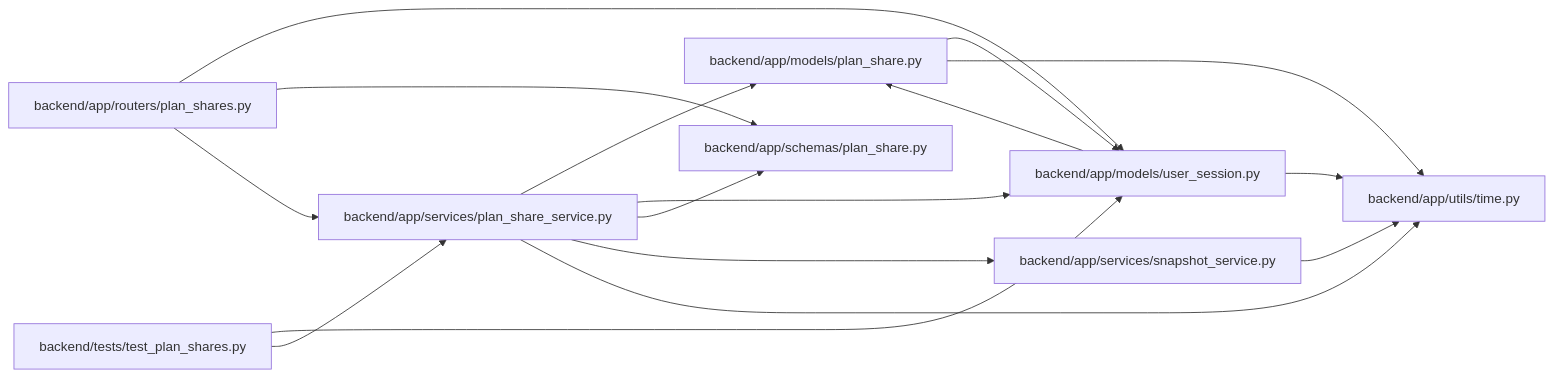
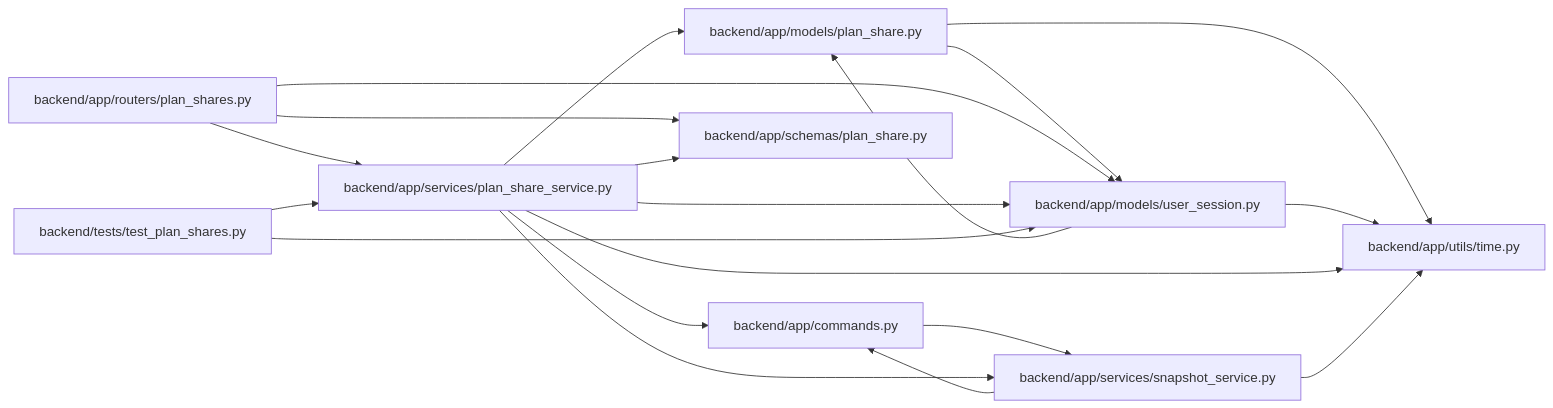
Before and after one commit to Denissvgn/WorkChord: the diagram in docs/llm_wiki/modules/plan_share_service.md, drawn with Mermaid. The commit also changed other lines of this file and 958 other files, not shown here.

First line of the commit message:
docs(wiki): refresh identity and recovery architecture

````diff
--- a/docs/llm_wiki/modules/plan_share_service.md
+++ b/docs/llm_wiki/modules/plan_share_service.md
@@ -26,34 +28,39 @@
 ```mermaid
 flowchart LR
-    n0["backend/app/models/plan_share.py"]
-    n1["backend/app/models/user_session.py"]
-    n2["backend/app/routers/plan_shares.py"]
-    n3["backend/app/schemas/plan_share.py"]
-    n4["backend/app/services/plan_share_service.py"]
-    n5["backend/app/services/snapshot_service.py"]
-    n6["backend/app/utils/time.py"]
-    n7["backend/tests/test_plan_shares.py"]
-    n0 --> n1
+    n0["backend/app/commands.py"]
+    n1["backend/app/models/plan_share.py"]
+    n2["backend/app/models/user_session.py"]
+    n3["backend/app/routers/plan_shares.py"]
+    n4["backend/app/schemas/plan_share.py"]
+    n5["backend/app/services/plan_share_service.py"]
+    n6["backend/app/services/snapshot_service.py"]
+    n7["backend/app/utils/time.py"]
+    n8["backend/tests/test_plan_shares.py"]
     n0 --> n6
-    n1 --> n0
-    n1 --> n6
+    n1 --> n2
+    n1 --> n7
     n2 --> n1
-    n2 --> n3
-    n2 --> n4
-    n4 --> n0
-    n4 --> n1
-    n4 --> n3
-    n4 --> n5
-    n4 --> n6
+    n2 --> n7
+    n3 --> n2
+    n3 --> n4
+    n3 --> n5
+    n5 --> n0
+    n5 --> n1
+    n5 --> n2
+    n5 --> n4
     n5 --> n6
-    n7 --> n1
-    n7 --> n4
-    click n0 "../modules/models_plan_share.md"
-    click n1 "../modules/user_session.md"
-    click n2 "../modules/plan_shares.md"
-    click n3 "../modules/schemas_plan_share.md"
-    click n4 "../modules/plan_share_service.md"
-    click n5 "../modules/snapshot_service.md"
-    click n6 "../modules/time.md"
-    click n7 "../modules/test_plan_shares.md"
+    n5 --> n7
+    n6 --> n0
+    n6 --> n7
+    n8 --> n2
+    n8 --> n5
+    click n0 "../modules/commands.md"
+    click n1 "../modules/models_plan_share.md"
+    click n2 "../modules/user_session.md"
+    click n3 "../modules/plan_shares.md"
+    click n4 "../modules/schemas_plan_share.md"
+    click n5 "../modules/plan_share_service.md"
+    click n6 "../modules/snapshot_service.md"
+    click n7 "../modules/time.md"
+    click n8 "../modules/test_plan_shares.md"
 ```
````
